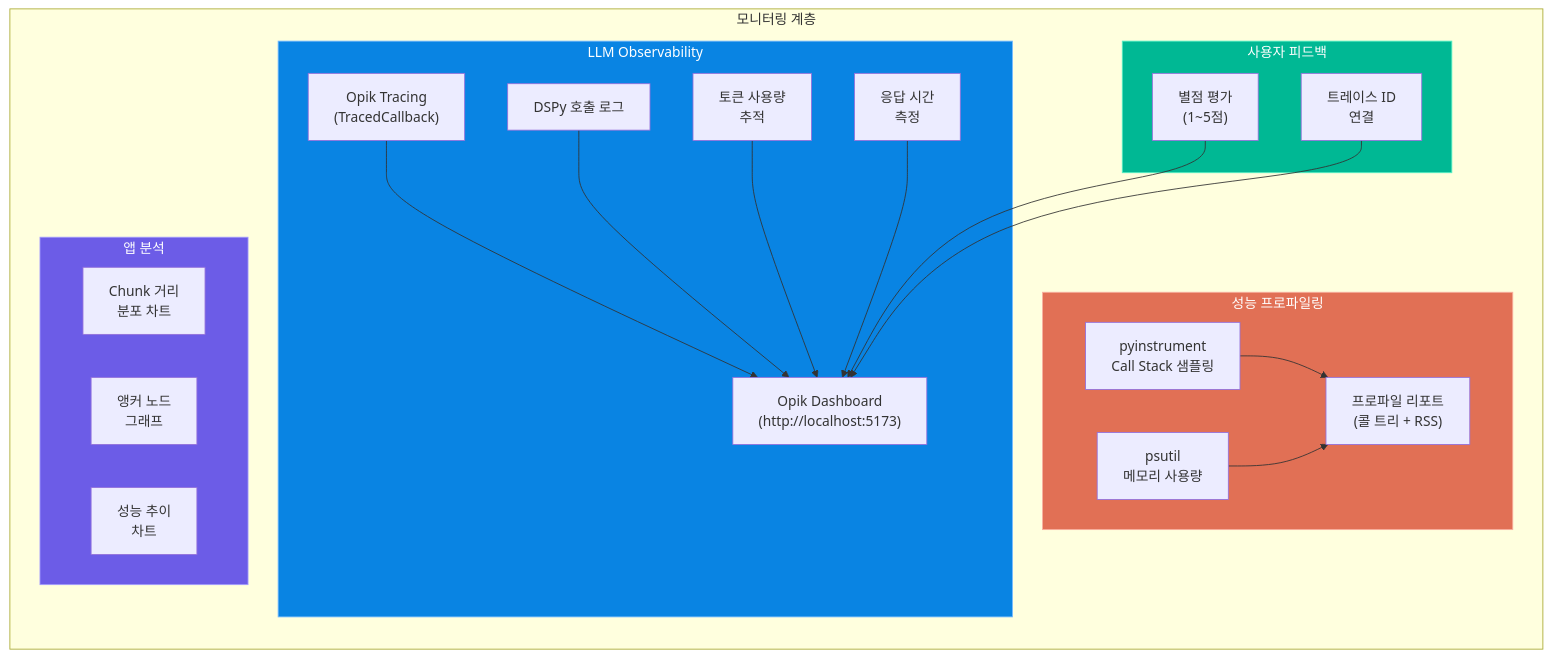
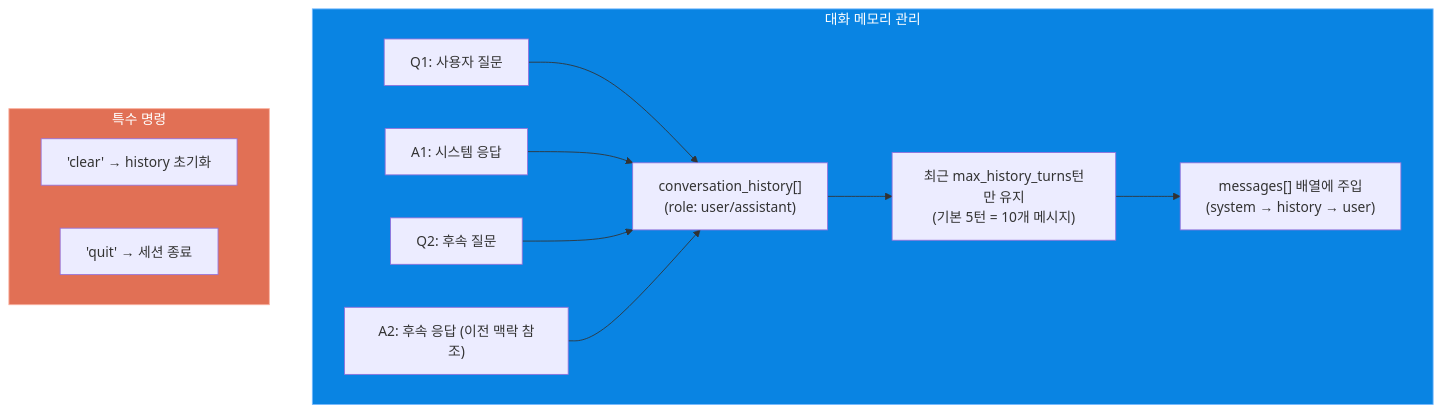
One commit to laurus-kpa007/GraphRAG-Senzing changed the ninth of 11 diagrams in docs/03_user_and_data_workflow.md. Above: the diagram before and after it, drawn with Mermaid. The commit also changed other lines of this file and 4 other files, not shown here.

````diff
--- a/docs/03_user_and_data_workflow.md
+++ b/docs/03_user_and_data_workflow.md
@@ -565,44 +400,27 @@
 ```mermaid
 flowchart TD
-    subgraph MONITORING["모니터링 계층"]
-        direction TB
+    subgraph CONV_MEMORY["대화 메모리 관리"]
+        Q1["Q1: 사용자 질문"]
+        A1["A1: 시스템 응답"]
+        Q2["Q2: 후속 질문"]
+        A2["A2: 후속 응답 (이전 맥락 참조)"]
 
-        subgraph PROFILING["성능 프로파일링"]
-            PYINST["pyinstrument\nCall Stack 샘플링"]
-            PSUTIL["psutil\n메모리 사용량"]
-            PROF_REPORT["프로파일 리포트\n(콜 트리 + RSS)"]
-            PYINST --> PROF_REPORT
-            PSUTIL --> PROF_REPORT
-        end
+        HISTORY["conversation_history[]\n(role: user/assistant)"]
+        TRIM["최근 max_history_turns턴만 유지\n(기본 5턴 = 10개 메시지)"]
+        INJECT["messages[] 배열에 주입\n(system → history → user)"]
 
-        subgraph LLM_OBS["LLM Observability"]
-            OPIK_TRACE["Opik Tracing\n(TracedCallback)"]
-            DSPY_LOG["DSPy 호출 로그"]
-            TOKEN_COUNT["토큰 사용량\n추적"]
-            RESPONSE_TIME["응답 시간\n측정"]
-
-            OPIK_TRACE --> OPIK_DASH["Opik Dashboard\n(http://localhost:5173)"]
-            DSPY_LOG --> OPIK_DASH
-            TOKEN_COUNT --> OPIK_DASH
-            RESPONSE_TIME --> OPIK_DASH
-        end
-
-        subgraph USER_FB["사용자 피드백"]
-            STAR_RATING["별점 평가\n(1~5점)"]
-            TRACE_LINK["트레이스 ID\n연결"]
-            STAR_RATING --> OPIK_DASH
-            TRACE_LINK --> OPIK_DASH
-        end
-
-        subgraph APP_ANALYTICS["앱 분석"]
-            CHUNK_DIST["Chunk 거리\n분포 차트"]
-            ANCHOR_VIS["앵커 노드\n그래프"]
-            PERF_CHART["성능 추이\n차트"]
-        end
+        Q1 --> HISTORY
+        A1 --> HISTORY
+        Q2 --> HISTORY
+        A2 --> HISTORY
+        HISTORY --> TRIM --> INJECT
     end
 
-    style PROFILING fill:#e17055,stroke:#fab1a0,color:#fff
-    style LLM_OBS fill:#0984e3,stroke:#74b9ff,color:#fff
-    style USER_FB fill:#00b894,stroke:#55efc4,color:#fff
-    style APP_ANALYTICS fill:#6c5ce7,stroke:#a29bfe,color:#fff
+    subgraph COMMANDS["특수 명령"]
+        CLEAR["'clear' → history 초기화"]
+        QUIT["'quit' → 세션 종료"]
+    end
+
+    style CONV_MEMORY fill:#0984e3,stroke:#74b9ff,color:#fff
+    style COMMANDS fill:#e17055,stroke:#fab1a0,color:#fff
 ```
````
